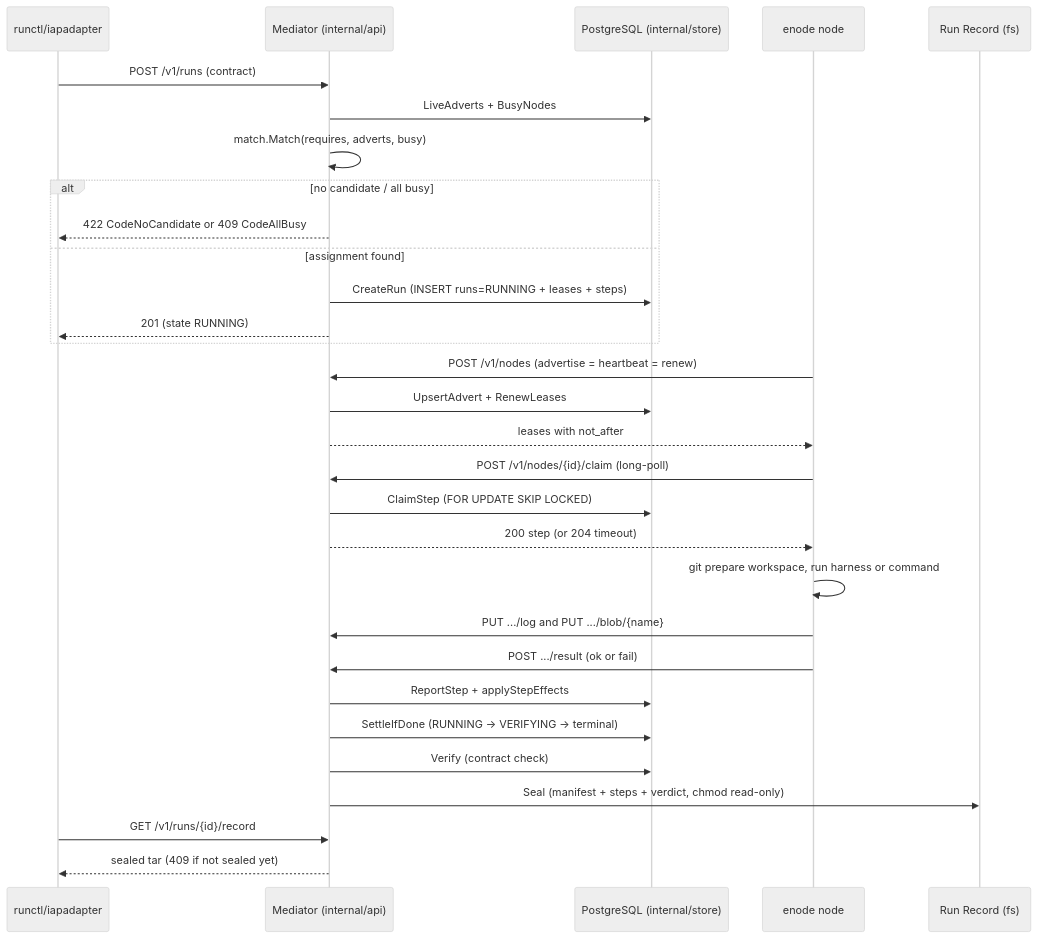
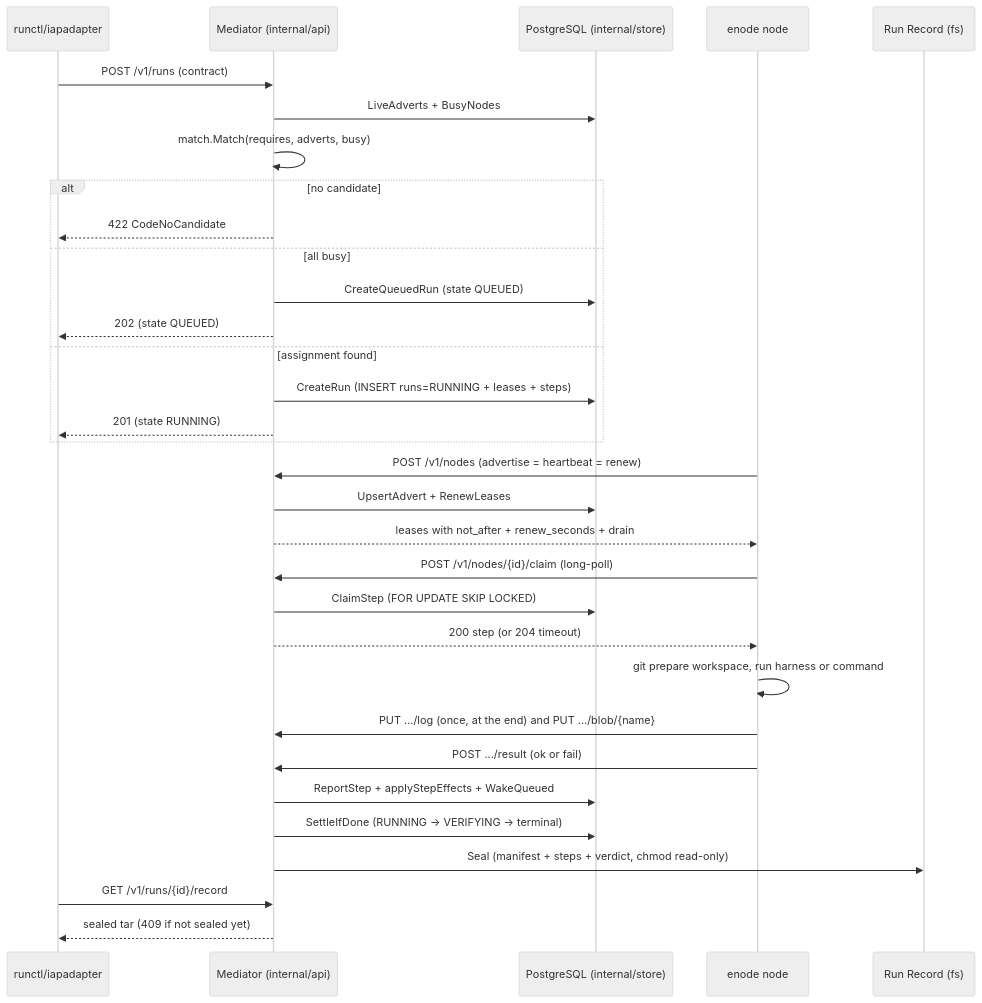
The second of 2 diagrams in aidlc-docs/inception/reverse-engineering/architecture.md (taeels/enode-fixup-project), drawn with Mermaid (neutral theme) before and after one commit. The commit also changed other lines of this file and 10 other files, not shown here.

````diff
--- a/aidlc-docs/inception/reverse-engineering/architecture.md
+++ b/aidlc-docs/inception/reverse-engineering/architecture.md
@@ -287,33 +369,35 @@
 ```mermaid
 sequenceDiagram
     participant C as runctl/iapadapter
     participant M as Mediator (internal/api)
     participant DB as PostgreSQL (internal/store)
     participant N as enode node
     participant R as Run Record (fs)
 
     C->>M: POST /v1/runs (contract)
     M->>DB: LiveAdverts + BusyNodes
     M->>M: match.Match(requires, adverts, busy)
-    alt no candidate / all busy
-        M-->>C: 422 CodeNoCandidate or 409 CodeAllBusy
+    alt no candidate
+        M-->>C: 422 CodeNoCandidate
+    else all busy
+        M->>DB: CreateQueuedRun (state QUEUED)
+        M-->>C: 202 (state QUEUED)
     else assignment found
         M->>DB: CreateRun (INSERT runs=RUNNING + leases + steps)
         M-->>C: 201 (state RUNNING)
     end
     N->>M: POST /v1/nodes (advertise = heartbeat = renew)
     M->>DB: UpsertAdvert + RenewLeases
-    M-->>N: leases with not_after
+    M-->>N: leases with not_after + renew_seconds + drain
     N->>M: POST /v1/nodes/{id}/claim (long-poll)
     M->>DB: ClaimStep (FOR UPDATE SKIP LOCKED)
     M-->>N: 200 step (or 204 timeout)
     N->>N: git prepare workspace, run harness or command
-    N->>M: PUT .../log and PUT .../blob/{name}
+    N->>M: PUT .../log (once, at the end) and PUT .../blob/{name}
     N->>M: POST .../result (ok or fail)
-    M->>DB: ReportStep + applyStepEffects
+    M->>DB: ReportStep + applyStepEffects + WakeQueued
     M->>DB: SettleIfDone (RUNNING -> VERIFYING -> terminal)
-    M->>DB: Verify (contract check)
     M->>R: Seal (manifest + steps + verdict, chmod read-only)
     C->>M: GET /v1/runs/{id}/record
     M-->>C: sealed tar (409 if not sealed yet)
 ```
````
